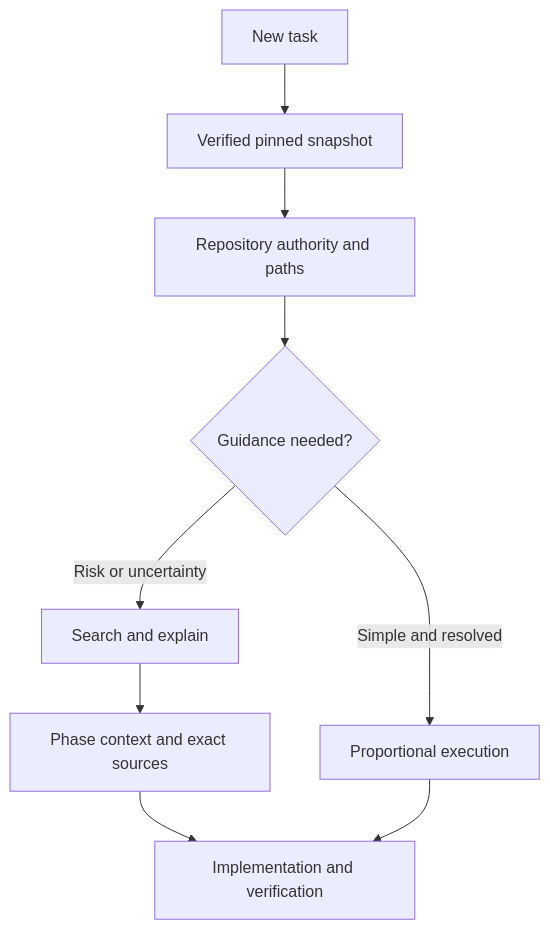
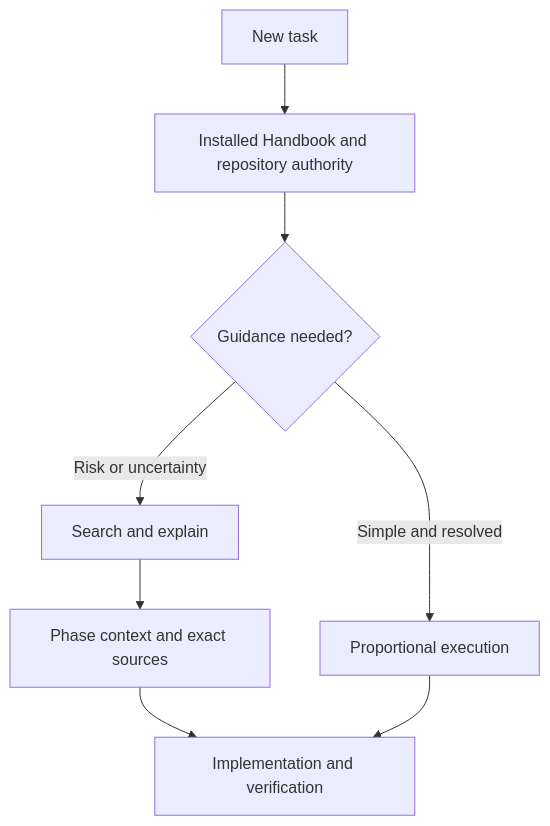
One commit to Kappa-Bot/engineering-handbook changed the diagram in README.md. Above: the diagram before and after it, drawn with Mermaid. The commit also changed other lines of this file and 10 other files, not shown here.

````diff
--- a/README.md
+++ b/README.md
@@ -26,11 +26,10 @@
 ```mermaid
 flowchart TD
-    Task[New task] --> Preflight[Verified pinned snapshot]
-    Preflight --> Local[Repository authority and paths]
+    Task[New task] --> Local[Installed Handbook and repository authority]
     Local --> Scope{Guidance needed?}
     Scope -->|Simple and resolved| Direct[Proportional execution]
     Scope -->|Risk or uncertainty| Discover[Search and explain]
     Discover --> Capsule[Phase context and exact sources]
     Capsule --> Verify[Implementation and verification]
     Direct --> Verify
 ```
````
